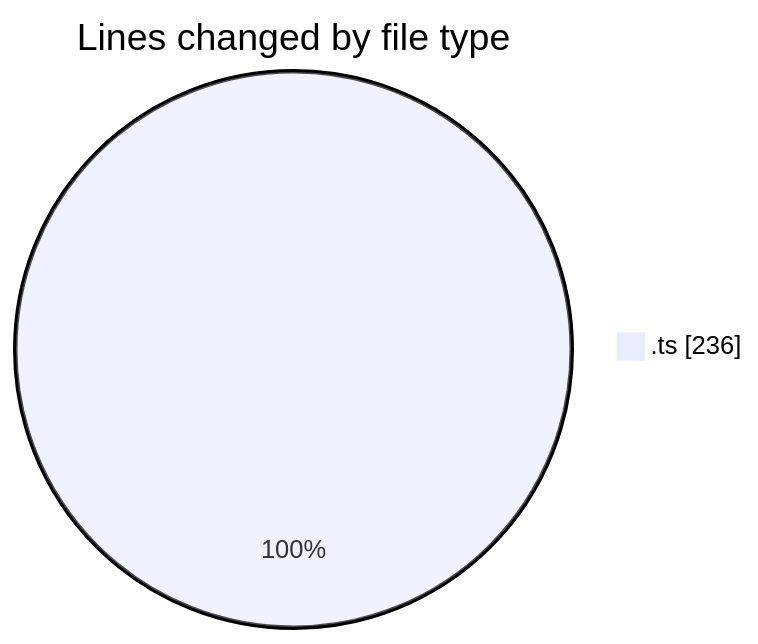
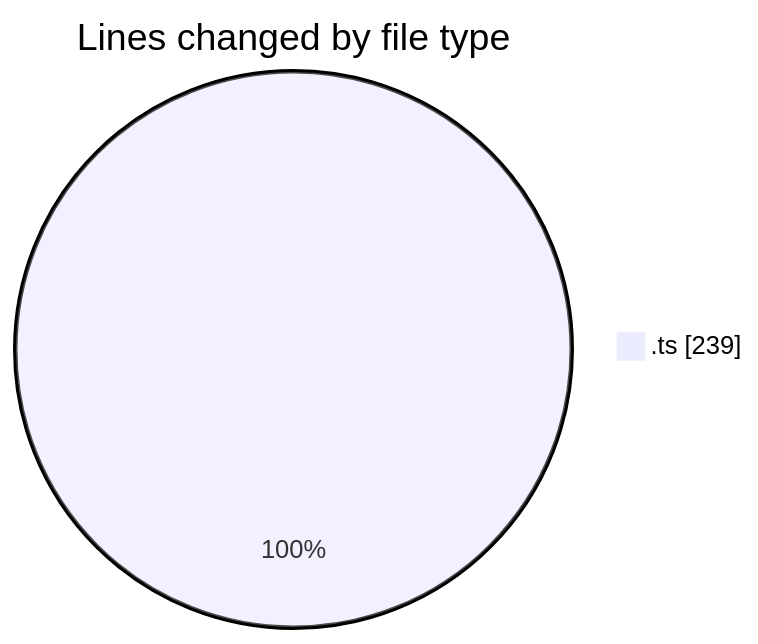
One commit to igalym/code-tracking changed the first of 2 diagrams in 2026-03-03/typescript/README.md. Above: the diagram before and after it, drawn with Mermaid. The commit also changed other lines of this file and 1 other file, not shown here.

````diff
--- a/2026-03-03/typescript/README.md
+++ b/2026-03-03/typescript/README.md
@@ -20,5 +20,5 @@
 ```mermaid
 pie showData
 title Lines changed by file type
-".ts" : 236
+".ts" : 239
 ```
````
